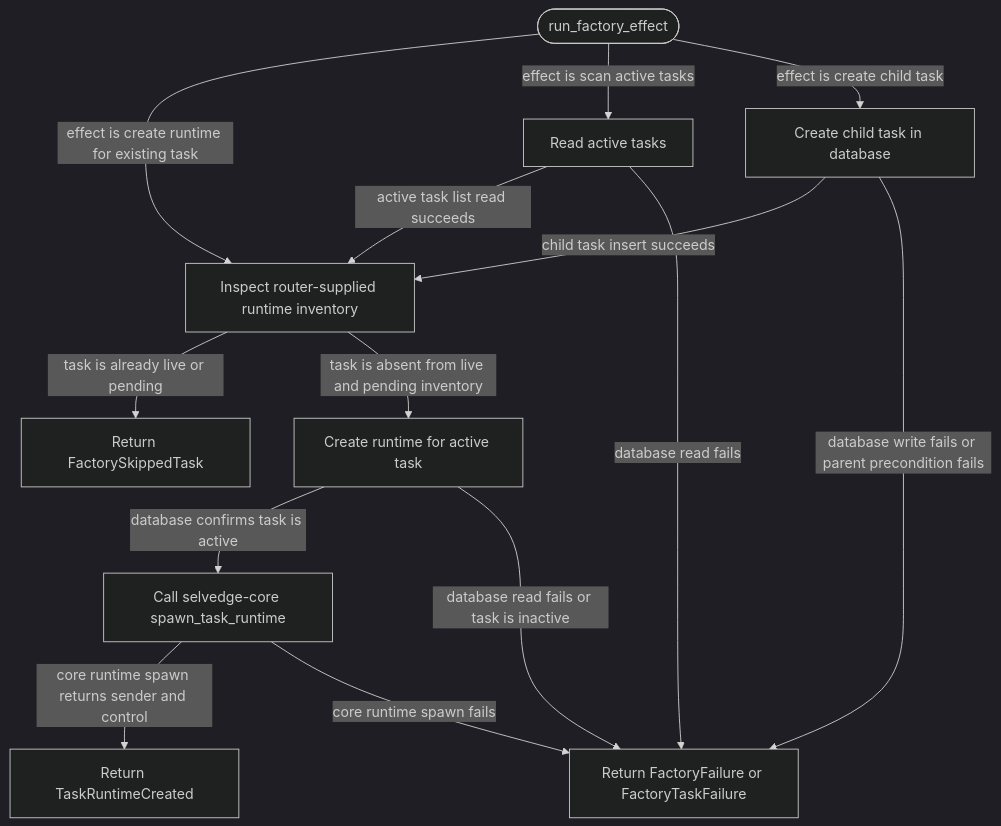
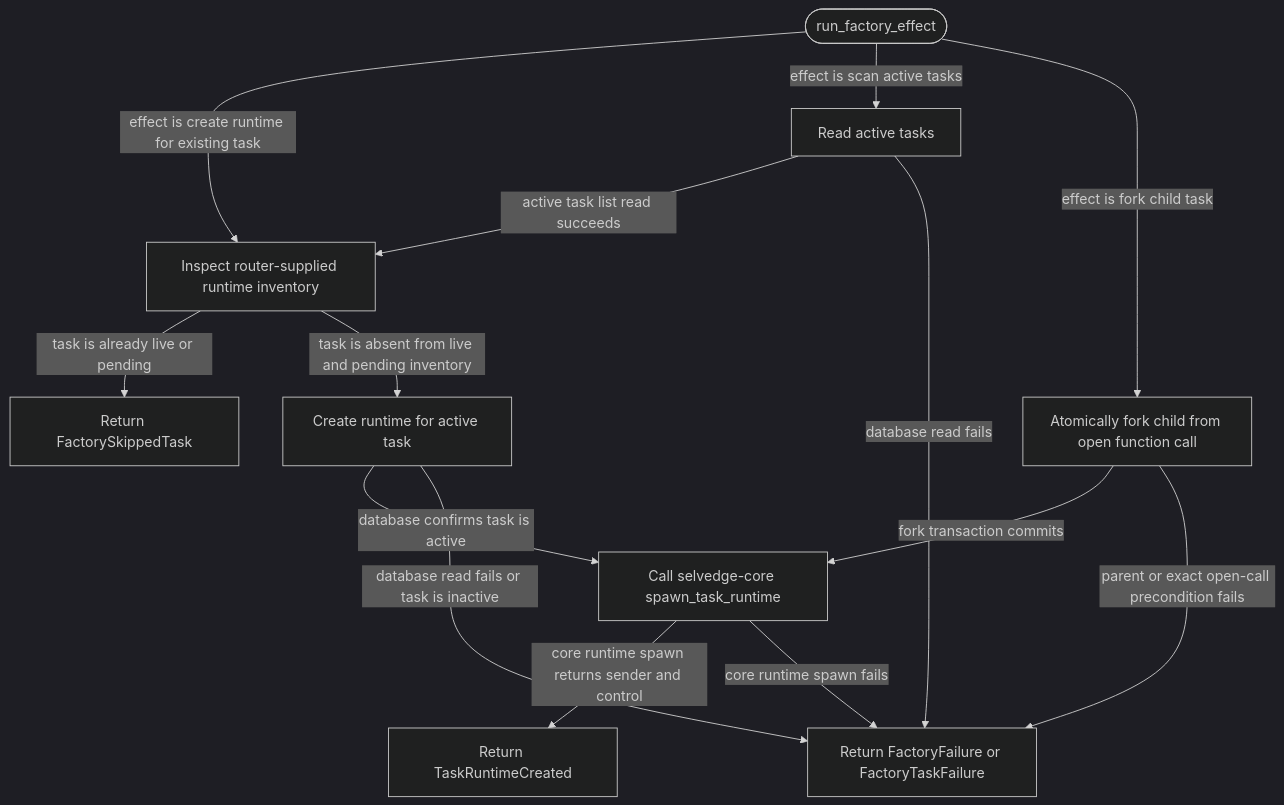
One commit to JiaJunDeng5930/Selvedge changed the diagram in crates/task-runtime-factory/README.md. Above: the diagram before and after it, drawn with Mermaid (dark theme). The commit also changed other lines of this file and 26 other files, not shown here.

````diff
--- a/crates/task-runtime-factory/README.md
+++ b/crates/task-runtime-factory/README.md
@@ -20,26 +22,26 @@
 ```mermaid
 flowchart TD
   Start([run_factory_effect])
   InspectInventory[Inspect router-supplied runtime inventory]
   CreateRuntime[Create runtime for active task]
   ScanTasks[Read active tasks]
-  CreateChild[Create child task in database]
+  CreateChild[Atomically fork child from open function call]
   Spawn[Call selvedge-core spawn_task_runtime]
   OutputCreated[Return TaskRuntimeCreated]
   OutputSkipped[Return FactorySkippedTask]
   OutputFailure[Return FactoryFailure or FactoryTaskFailure]
 
   Start -->|effect is create runtime for existing task| InspectInventory
   Start -->|effect is scan active tasks| ScanTasks
-  Start -->|effect is create child task| CreateChild
+  Start -->|effect is fork child task| CreateChild
   InspectInventory -->|task is already live or pending| OutputSkipped
   InspectInventory -->|task is absent from live and pending inventory| CreateRuntime
   CreateRuntime -->|database confirms task is active| Spawn
   CreateRuntime -->|database read fails or task is inactive| OutputFailure
   ScanTasks -->|active task list read succeeds| InspectInventory
   ScanTasks -->|database read fails| OutputFailure
-  CreateChild -->|child task insert succeeds| InspectInventory
-  CreateChild -->|database write fails or parent precondition fails| OutputFailure
+  CreateChild -->|fork transaction commits| Spawn
+  CreateChild -->|parent or exact open-call precondition fails| OutputFailure
   Spawn -->|core runtime spawn returns sender and control| OutputCreated
   Spawn -->|core runtime spawn fails| OutputFailure
 ```
````
